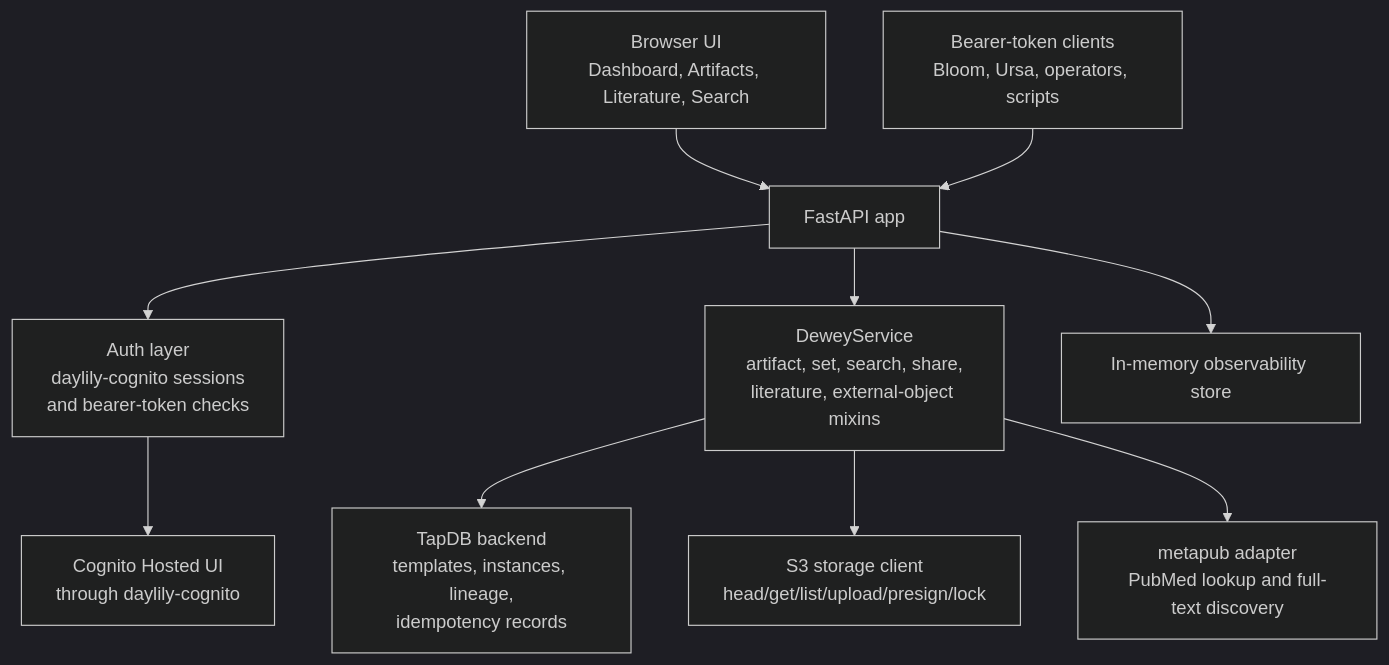
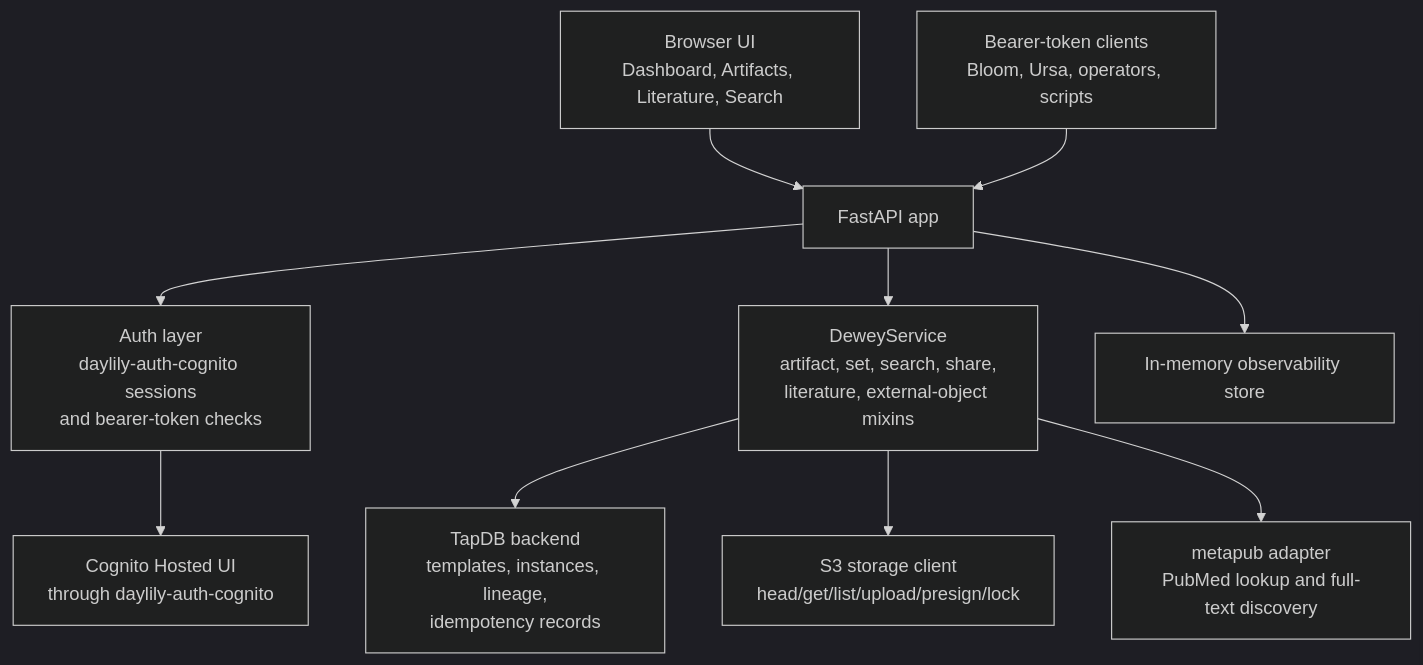
Before and after one commit to Daylily-Informatics/dewey: the diagram in docs/architecture.md, drawn with Mermaid (dark theme). The commit also changed other lines of this file and 38 other files, not shown here.

````diff
--- a/docs/architecture.md
+++ b/docs/architecture.md
@@ -101,25 +103,25 @@
 ```mermaid
 flowchart TB
     Browser["Browser UI
 Dashboard, Artifacts, Literature, Search"] --> FastAPI["FastAPI app"]
     ServiceCaller["Bearer-token clients
 Bloom, Ursa, operators, scripts"] --> FastAPI
 
     FastAPI --> Auth["Auth layer
-daylily-cognito sessions
+daylily-auth-cognito sessions
 and bearer-token checks"]
     FastAPI --> Service["DeweyService
 artifact, set, search, share,
 literature, external-object mixins"]
     FastAPI --> Obs["In-memory observability store"]
 
     Service --> TapDB["TapDB backend
 templates, instances, lineage,
 idempotency records"]
     Service --> S3["S3 storage client
 head/get/list/upload/presign/lock"]
     Service --> Metapub["metapub adapter
 PubMed lookup and full-text discovery"]
     Auth --> Cognito["Cognito Hosted UI
-through daylily-cognito"]
+through daylily-auth-cognito"]
 ```
````
